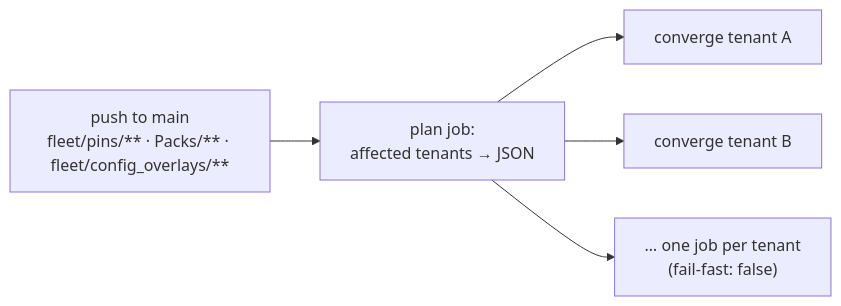
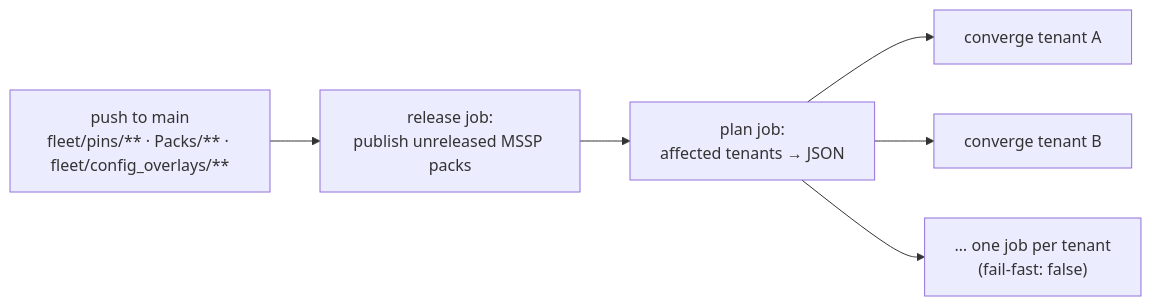
One commit to Palo-Cortex/xsiam-mssp-fleet-core-template changed the third of 3 diagrams in README.md. Above: the diagram before and after it, drawn with Mermaid. The commit also changed other lines of this file and 8 other files, not shown here.

Commit message:
Release MSSP packs inside converge; queue converge runs; ring-gate release check

````diff
--- a/README.md
+++ b/README.md
@@ -229,7 +231,7 @@
 ```mermaid
 flowchart LR
-    push["push to main<br/>fleet/pins/** · Packs/** · fleet/config_overlays/**"] --> plan["plan job:<br/>affected tenants → JSON"]
+    push["push to main<br/>fleet/pins/** · Packs/** · fleet/config_overlays/**"] --> rel["release job:<br/>publish unreleased MSSP packs"] --> plan["plan job:<br/>affected tenants → JSON"]
     plan --> t1["converge tenant A"]
     plan --> t2["converge tenant B"]
     plan --> t3["… one job per tenant<br/>(fail-fast: false)"]
 ```
````
